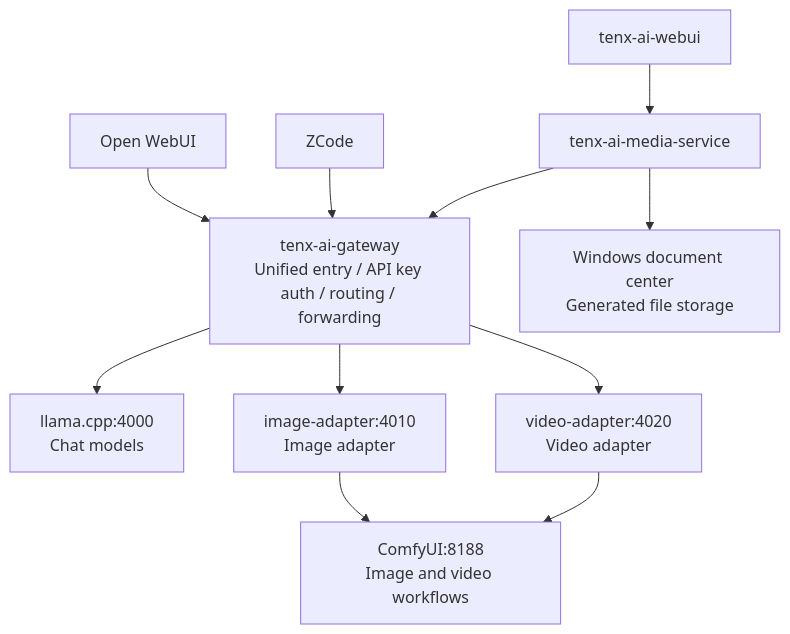
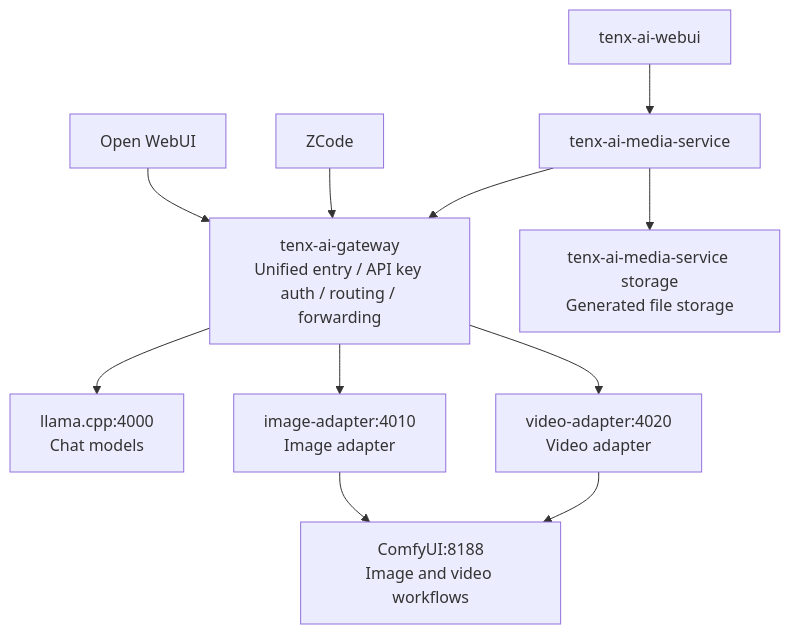
One commit to doudouli103-dot/tenx-ai-gateway changed the diagram in README.md. Above: the diagram before and after it, drawn with Mermaid. The commit also changed other lines of this file, not shown here.

Commit message:
docs: clarify gateway media boundary

````diff
--- a/README.md
+++ b/README.md
@@ -38,30 +38,30 @@
 ```mermaid
 flowchart TD
     A1[Open WebUI]
     A2[ZCode]
     A3[tenx-ai-media-service]
     A4[tenx-ai-webui]
 
     G[tenx-ai-gateway<br/>Unified entry / API key auth / routing / forwarding]
 
     T[llama.cpp:4000<br/>Chat models]
     IA[image-adapter:4010<br/>Image adapter]
     VA[video-adapter:4020<br/>Video adapter]
 
     C[ComfyUI:8188<br/>Image and video workflows]
-    S[Windows document center<br/>Generated file storage]
+    S[tenx-ai-media-service storage<br/>Generated file storage]
 
     A1 --> G
     A2 --> G
     A4 --> A3
     A3 --> G
 
     G --> T
     G --> IA
     G --> VA
 
     IA --> C
     VA --> C
 
     A3 --> S
 ```
````
